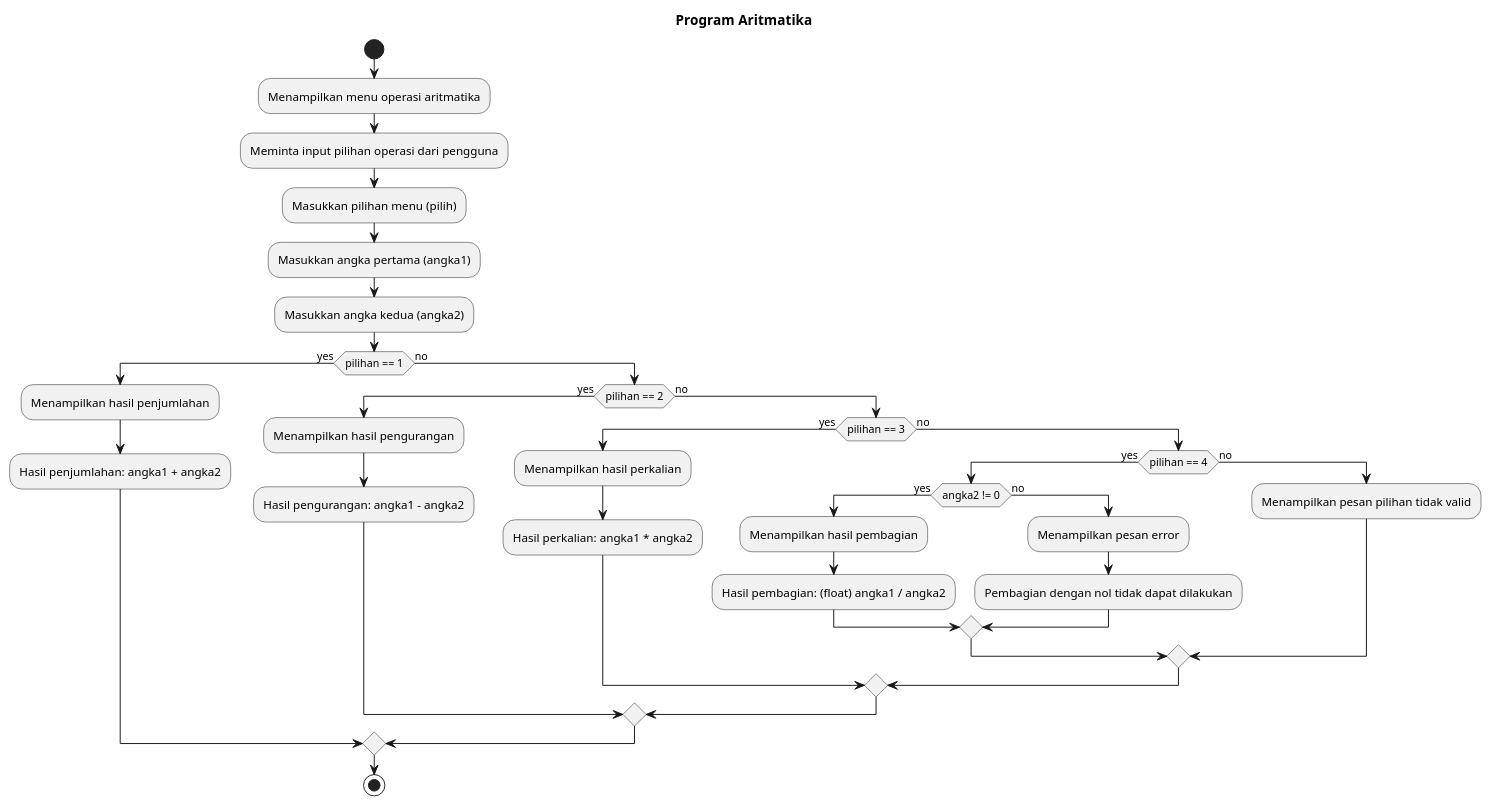
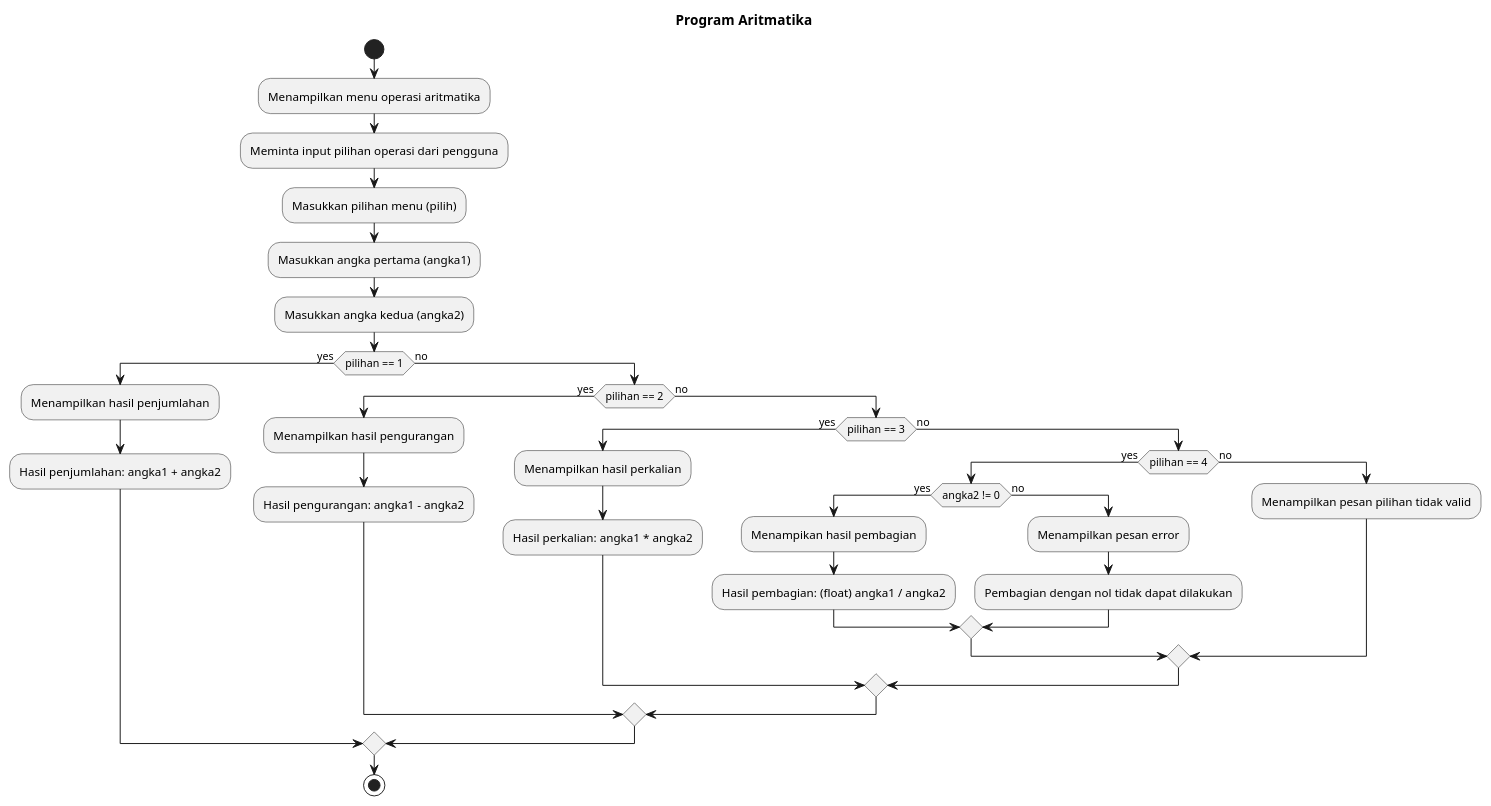
One commit to InayatulJanah/bhs_pemrograman changed the diagram in UTS/uts.puml. Above: the diagram before and after it, drawn with PlantUML. The commit also changed 5 other files, not shown here.

```diff
--- a/UTS/uts.puml
+++ b/UTS/uts.puml
@@ -1,41 +1,41 @@
 @startuml
 title Program Aritmatika
 
 start
 
 :Menampilkan menu operasi aritmatika;
 :Meminta input pilihan operasi dari pengguna;
 
 :Masukkan pilihan menu (pilih);
 :Masukkan angka pertama (angka1);
 :Masukkan angka kedua (angka2);
 
 if (pilihan == 1) then (yes)
   :Menampilkan hasil penjumlahan;
   :Hasil penjumlahan: angka1 + angka2;
 else (no)
   if (pilihan == 2) then (yes)
     :Menampilkan hasil pengurangan;
     :Hasil pengurangan: angka1 - angka2;
   else (no)
     if (pilihan == 3) then (yes)
       :Menampilkan hasil perkalian;
       :Hasil perkalian: angka1 * angka2;
     else (no)
       if (pilihan == 4) then (yes)
         if (angka2 != 0) then (yes)
-          :Menampilkan hasil pembagian;
+          :Menampikan hasil pembagian;
           :Hasil pembagian: (float) angka1 / angka2;
         else (no)
           :Menampilkan pesan error;
           :Pembagian dengan nol tidak dapat dilakukan;
         endif
       else (no)
         :Menampilkan pesan pilihan tidak valid;
       endif
     endif
   endif
 endif
 
 stop
 @enduml
```
